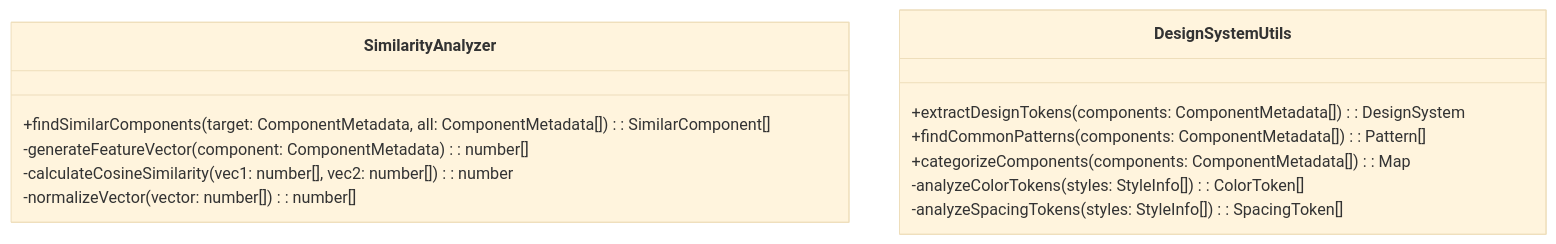
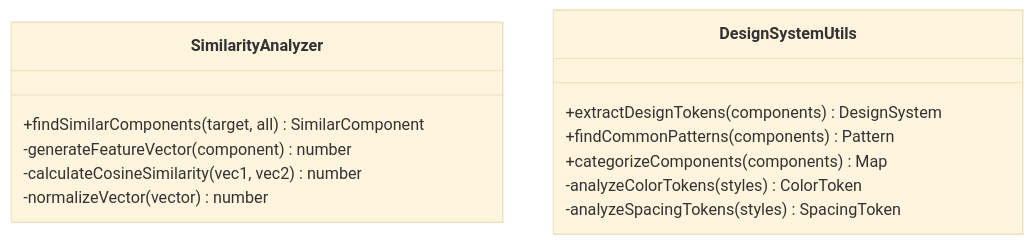
Before and after one commit to sean-sunagaku/component-design-system-mcp: the fourth of 9 diagrams in docs/class-diagram.md, drawn with Mermaid (base theme). The commit also changed other lines of this file and 2 other files, not shown here.

````diff
--- a/docs/class-diagram.md
+++ b/docs/class-diagram.md
@@ -132,17 +132,17 @@
 ```mermaid
 classDiagram
     class SimilarityAnalyzer {
-        +findSimilarComponents(target: ComponentMetadata, all: ComponentMetadata[]): SimilarComponent[]
-        -generateFeatureVector(component: ComponentMetadata): number[]
-        -calculateCosineSimilarity(vec1: number[], vec2: number[]): number
-        -normalizeVector(vector: number[]): number[]
+        +findSimilarComponents(target, all) SimilarComponent
+        -generateFeatureVector(component) number
+        -calculateCosineSimilarity(vec1, vec2) number
+        -normalizeVector(vector) number
     }
 
     class DesignSystemUtils {
-        +extractDesignTokens(components: ComponentMetadata[]): DesignSystem
-        +findCommonPatterns(components: ComponentMetadata[]): Pattern[]
-        +categorizeComponents(components: ComponentMetadata[]): Map<string, ComponentMetadata[]>
-        -analyzeColorTokens(styles: StyleInfo[]): ColorToken[]
-        -analyzeSpacingTokens(styles: StyleInfo[]): SpacingToken[]
+        +extractDesignTokens(components) DesignSystem
+        +findCommonPatterns(components) Pattern
+        +categorizeComponents(components) Map
+        -analyzeColorTokens(styles) ColorToken
+        -analyzeSpacingTokens(styles) SpacingToken
     }
 ```
````
